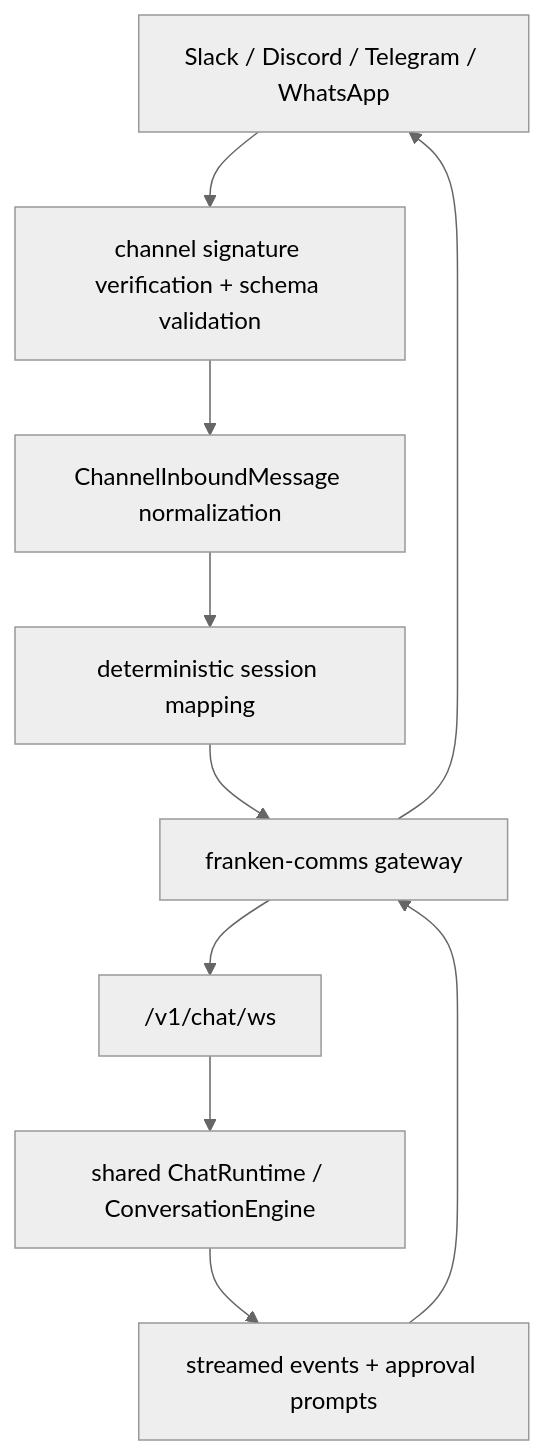
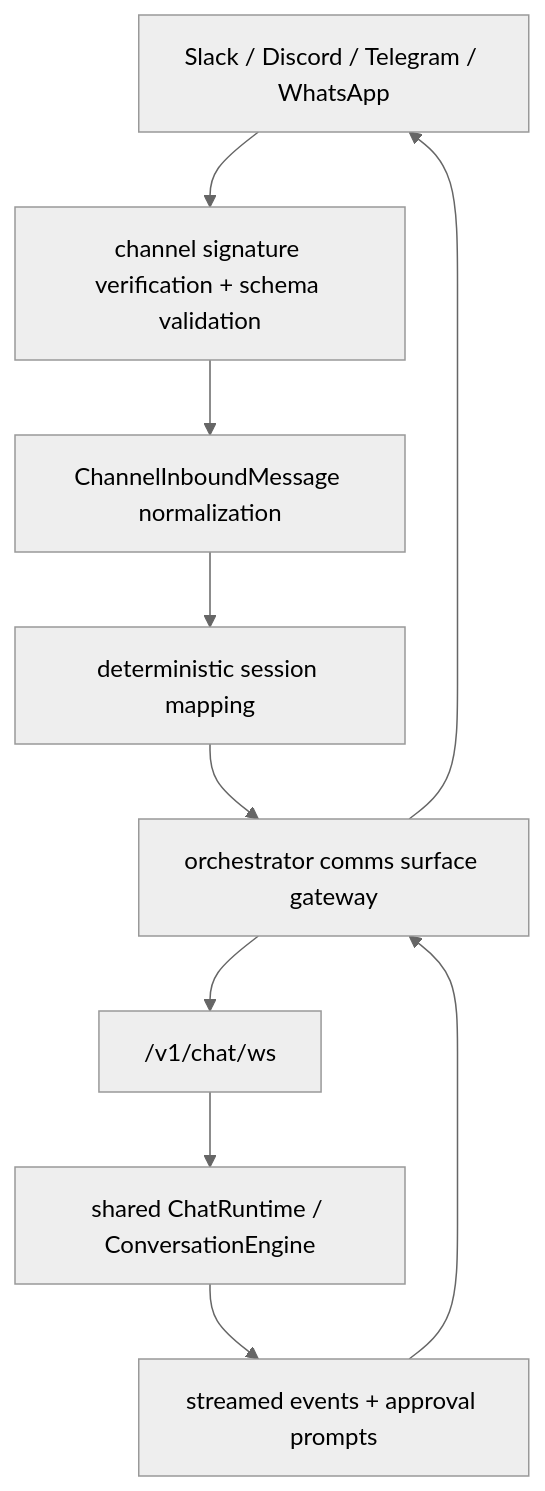
One commit to djm204/frankenbeast changed diagram 16 of 18 in docs/DATA_FLOW.md. Above: the diagram before and after it, drawn with Mermaid (neutral theme). The commit also changed other lines of this file and 8 other files, not shown here.

````diff
--- a/docs/DATA_FLOW.md
+++ b/docs/DATA_FLOW.md
@@ -563,14 +563,14 @@
 ```mermaid
 flowchart TD
     Slack["Slack / Discord / Telegram / WhatsApp"]
     Verify["channel signature verification + schema validation"]
     Normalize["ChannelInboundMessage normalization"]
     SessionMap["deterministic session mapping"]
-    Gateway["franken-comms gateway"]
+    Gateway["orchestrator comms surface gateway"]
     WS["/v1/chat/ws"]
     Runtime["shared ChatRuntime / ConversationEngine"]
     Stream["streamed events + approval prompts"]
 
     Slack --> Verify --> Normalize --> SessionMap --> Gateway --> WS --> Runtime --> Stream
     Stream --> Gateway --> Slack
 ```
````
